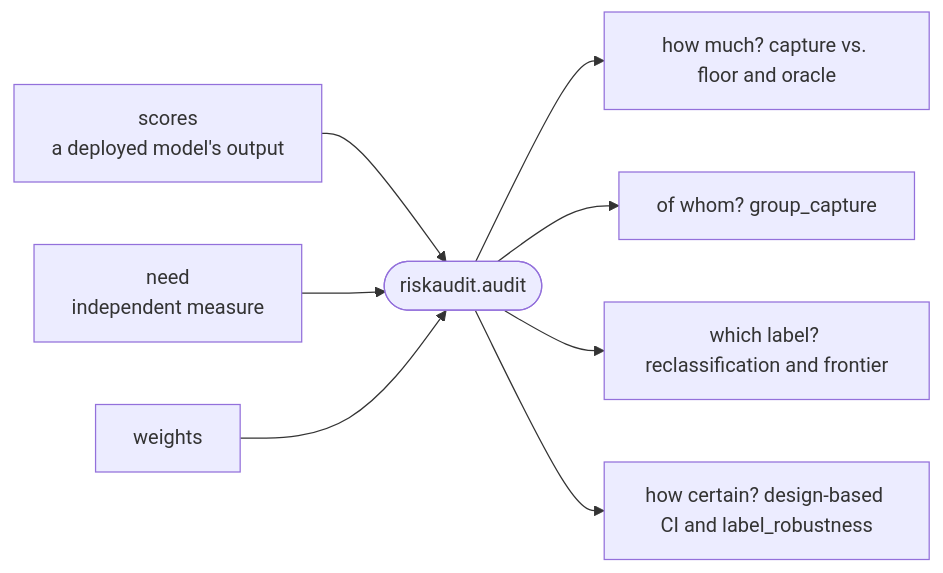
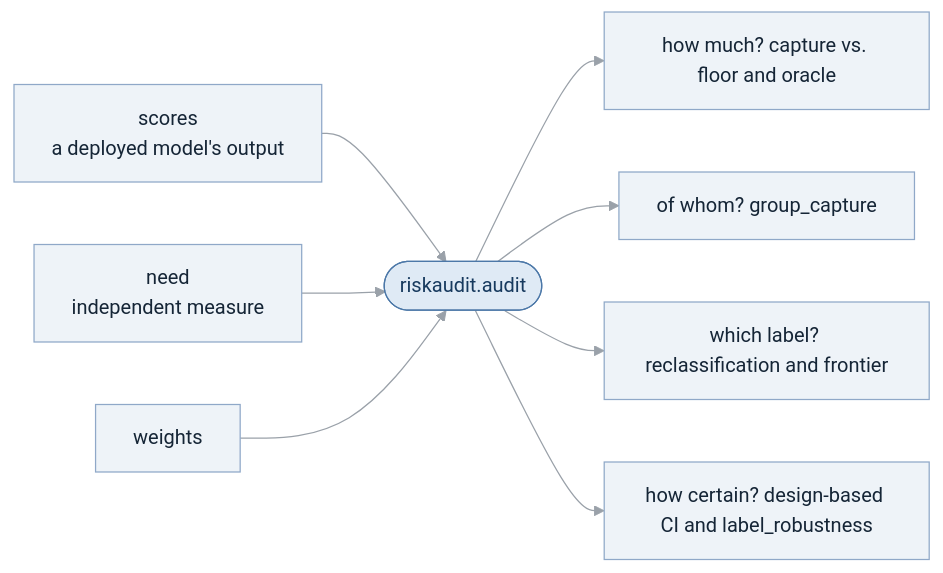
The second of 4 diagrams in README.md (CProromant/risk-equity-audit), drawn with Mermaid before and after one commit. The commit also changed other lines of this file, not shown here.

````diff
--- a/README.md
+++ b/README.md
@@ -82,10 +82,13 @@
 ```mermaid
+%%{init: {'theme':'base','themeVariables':{'primaryColor':'#eef3f8','primaryBorderColor':'#8fa8c8','primaryTextColor':'#152536','lineColor':'#9aa1a9'}}}%%
 flowchart LR
     S["scores<br/>a deployed model's output"] --> AUD(["riskaudit.audit"])
     N["need<br/>independent measure"] --> AUD
     W["weights"] --> AUD
     AUD --> C["how much? capture vs. floor and oracle"]
     AUD --> G["of whom? group_capture"]
     AUD --> L["which label? reclassification and frontier"]
     AUD --> U["how certain? design-based CI and label_robustness"]
+    classDef tool fill:#dfeaf5,stroke:#4C78A8,color:#173a5e;
+    class AUD tool
 ```
````
